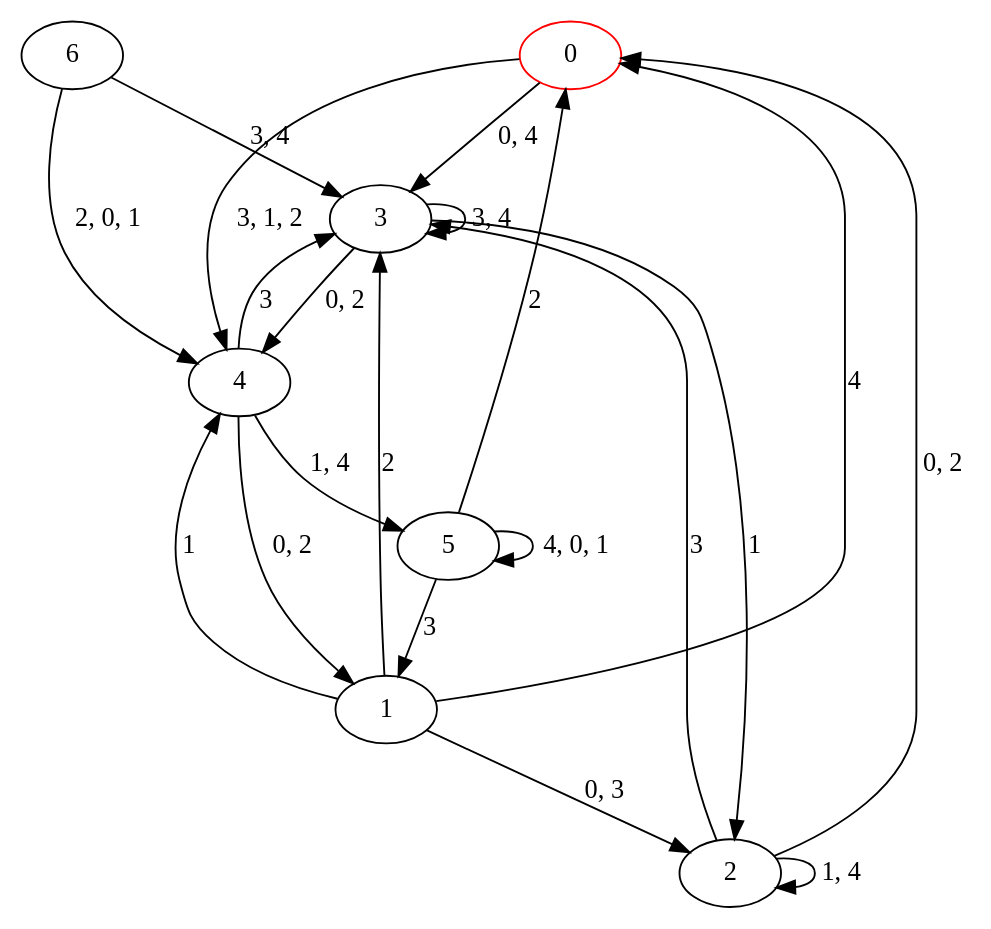
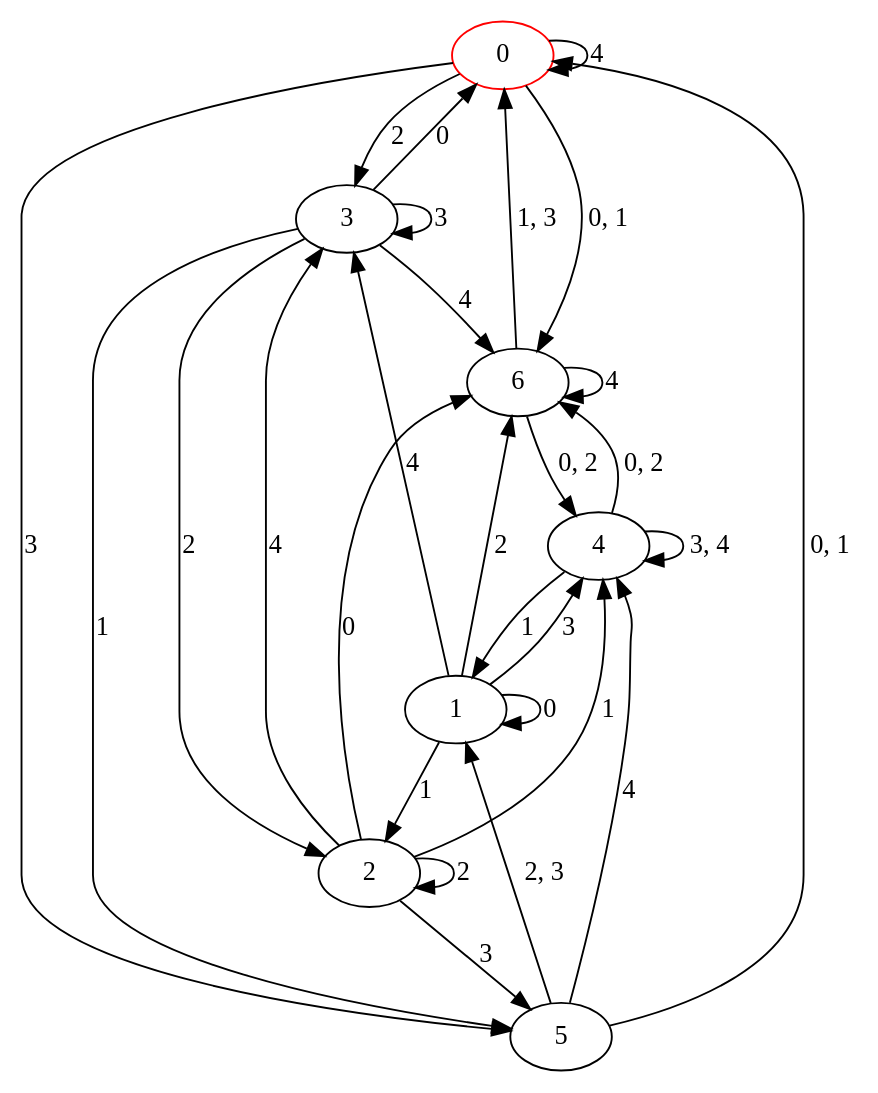
One commit to Jakub-Ciecierski/AutomatonOptimization changed the diagram in automata/res/dfa_s7_r5/s7_r5.dot. Above: the diagram before and after it, drawn with Graphviz. The commit also changed 41 other files, not shown here.

```diff
--- a/automata/res/dfa_s7_r5/s7_r5.dot
+++ b/automata/res/dfa_s7_r5/s7_r5.dot
@@ -1,29 +1,37 @@
 digraph g {
 0 [label= "0"] [color="red"];
 1 [label= "1"];
 2 [label= "2"];
 3 [label= "3"];
 4 [label= "4"];
 5 [label= "5"];
 6 [label= "6"];
-1 -> 4[label= "1"];
-1 -> 3[label= "2"];
-1 -> 0[label= "4"];
-2 -> 3[label= "3"];
-3 -> 2[label= "1"];
-4 -> 3[label= "3"];
-5 -> 0[label= "2"];
-5 -> 1[label= "3"];
-0 -> 3[label= "0, 4"];
-0 -> 4[label= "3, 1, 2"];
-1 -> 2[label= "0, 3"];
-2 -> 0[label= "0, 2"];
-2 -> 2[label= "1, 4"];
-3 -> 4[label= "0, 2"];
-3 -> 3[label= "3, 4"];
-4 -> 1[label= "0, 2"];
-4 -> 5[label= "1, 4"];
-5 -> 5[label= "4, 0, 1"];
-6 -> 4[label= "2, 0, 1"];
-6 -> 3[label= "3, 4"];
+0 -> 3[label= "2"];
+0 -> 5[label= "3"];
+0 -> 0[label= "4"];
+1 -> 1[label= "0"];
+1 -> 2[label= "1"];
+1 -> 6[label= "2"];
+1 -> 4[label= "3"];
+1 -> 3[label= "4"];
+2 -> 6[label= "0"];
+2 -> 4[label= "1"];
+2 -> 2[label= "2"];
+2 -> 5[label= "3"];
+2 -> 3[label= "4"];
+3 -> 0[label= "0"];
+3 -> 5[label= "1"];
+3 -> 2[label= "2"];
+3 -> 3[label= "3"];
+3 -> 6[label= "4"];
+4 -> 1[label= "1"];
+5 -> 4[label= "4"];
+6 -> 6[label= "4"];
+0 -> 6[label= "0, 1"];
+4 -> 6[label= "0, 2"];
+4 -> 4[label= "3, 4"];
+5 -> 0[label= "0, 1"];
+5 -> 1[label= "2, 3"];
+6 -> 4[label= "0, 2"];
+6 -> 0[label= "1, 3"];
 }
```
